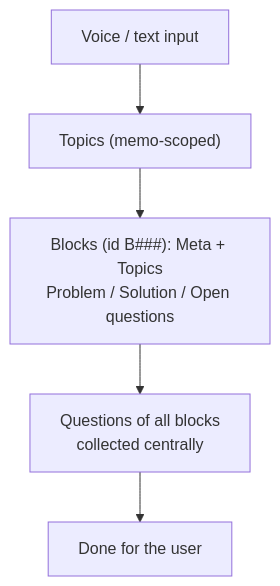
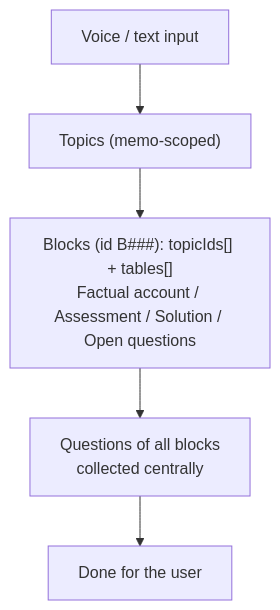
The second of 4 diagrams in spec/v0.1.0/30-primitives.md (Memo-Init/spec), drawn with Mermaid before and after one commit. The commit also changed other lines of this file, not shown here.

Commit message:
[MEMO] M053-03-01 block datamodel: 4 sections, B###, tables[]

````diff
--- a/spec/v0.1.0/30-primitives.md
+++ b/spec/v0.1.0/30-primitives.md
@@ -132,7 +132,7 @@
 ```mermaid
 flowchart TD
     SP["Voice / text input"] --> TO["Topics (memo-scoped)"]
-    TO --> BL["Blocks (id B###): Meta + Topics<br/>Problem / Solution / Open questions"]
+    TO --> BL["Blocks (id B###): topicIds[] + tables[]<br/>Factual account / Assessment / Solution / Open questions"]
     BL --> QQ["Questions of all blocks<br/>collected centrally"]
     QQ --> DONE["Done for the user"]
 ```
````
